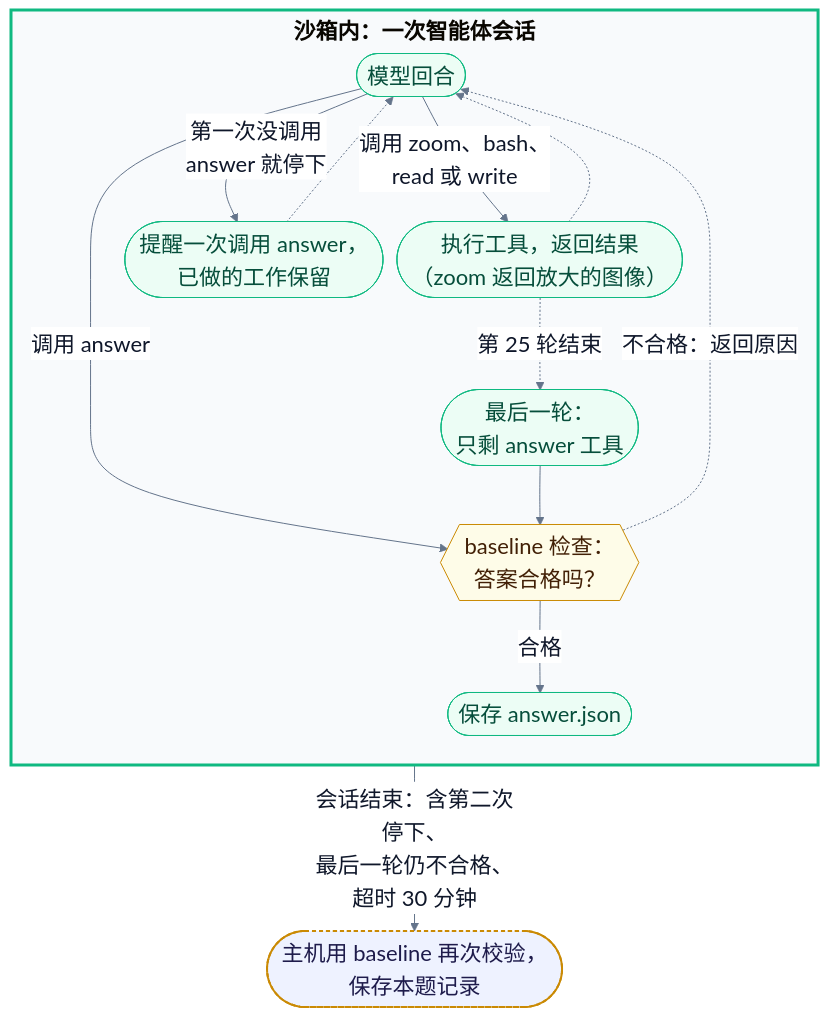
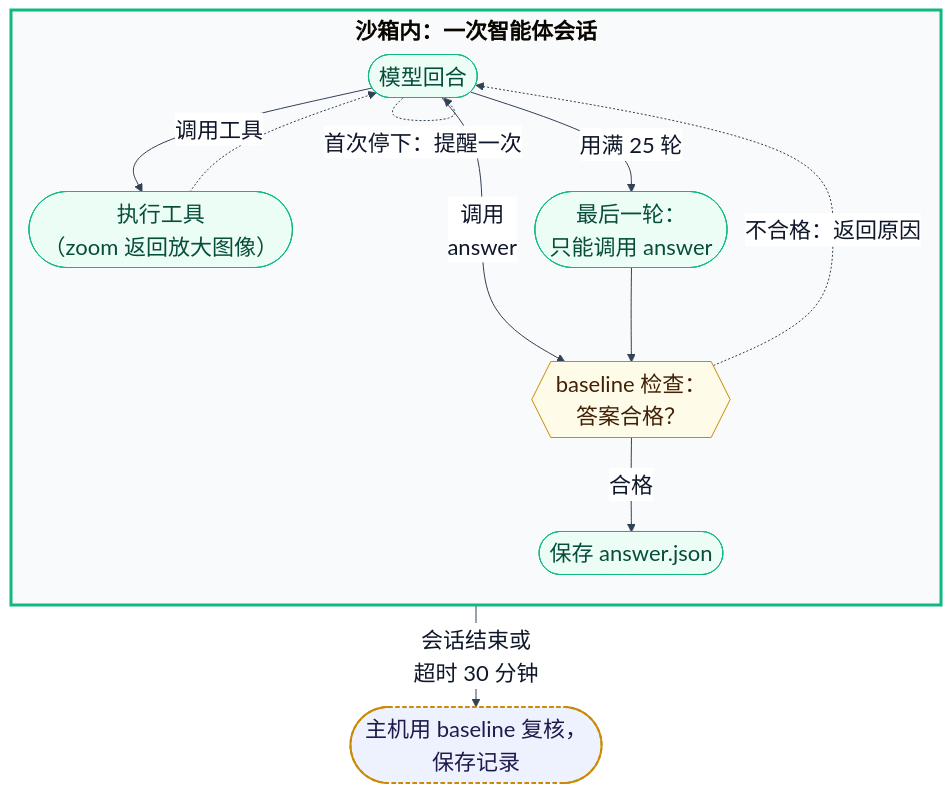
Before and after one commit to eric15342335/AIFep-FDU.github.io: the diagram in docs/diagrams/zh-question-states.mmd, drawn with Mermaid. The commit also changed 7 other files, not shown here.

```diff
--- a/docs/diagrams/zh-question-states.mmd
+++ b/docs/diagrams/zh-question-states.mmd
@@ -1,30 +1,28 @@
-%%{init: {"theme": "base", "themeVariables": {"fontSize": "22px", "lineColor": "#64748b", "primaryTextColor": "#0f172a", "edgeLabelBackground": "#ffffff"}, "flowchart": {"nodeSpacing": 14, "rankSpacing": 34, "padding": 10, "wrappingWidth": 360, "subGraphTitleMargin": {"top": 4, "bottom": 10}}}}%%
+%%{init: {"theme": "base", "themeVariables": {"fontSize": "22px", "lineColor": "#334155", "primaryTextColor": "#0f172a", "edgeLabelBackground": "#ffffff"}, "flowchart": {"nodeSpacing": 16, "rankSpacing": 36, "padding": 10, "wrappingWidth": 300, "subGraphTitleMargin": {"top": 4, "bottom": 10}}}}%%
 %% Compact Chinese version of question-states.mmd for the course report (docs/report/report.md).
 flowchart TB
     subgraph SESSION["<b>沙箱内：一次智能体会话</b>"]
         direction TB
         turn(["模型回合"])
-        tool(["执行工具，返回结果<br/>（zoom 返回放大的图像）"])
-        check{{"baseline 检查：<br/>答案合格吗？"}}
-        remind(["提醒一次调用 answer，<br/>已做的工作保留"])
-        grace(["最后一轮：<br/>只剩 answer 工具"])
+        tool(["执行工具<br/>（zoom 返回放大图像）"])
+        check{{"baseline 检查：<br/>答案合格？"}}
+        grace(["最后一轮：<br/>只能调用 answer"])
         saved(["保存 answer.json"])
-        turn -- "调用 zoom、bash、<br/>read 或 write" --> tool
-        turn -- "调用 answer" --> check
-        turn -- "第一次没调用<br/>answer 就停下" --> remind
-        tool -. "第 25 轮结束" .-> grace
+        turn -- "调用工具" --> tool
+        tool -.-> turn
+        turn -. "首次停下：提醒一次" .-> turn
+        turn -- "调用<br/>answer" --> check
+        check -. "不合格：返回原因" .-> turn
+        turn -- "用满 25 轮" --> grace
         grace --> check
         check -- "合格" --> saved
-        tool -.-> turn
-        remind -.-> turn
-        check -. "不合格：返回原因" .-> turn
     end
-    SESSION -- "会话结束：含第二次停下、<br/>最后一轮仍不合格、<br/>超时 30 分钟" --> host(["主机用 baseline 再次校验，<br/>保存本题记录"])
+    SESSION -- "会话结束或<br/>超时 30 分钟" --> host(["主机用 baseline 复核，<br/>保存记录"])
 
     classDef base fill:#fefce8,stroke:#ca8a04,color:#422006
     classDef usesBase fill:#eef2ff,stroke:#ca8a04,color:#1e1b4b,stroke-width:2px,stroke-dasharray:4 3
     classDef agent fill:#ecfdf5,stroke:#10b981,color:#064e3b
     class check base
     class host usesBase
-    class turn,tool,remind,grace,saved agent
+    class turn,tool,grace,saved agent
     style SESSION fill:#f8fafc,stroke:#10b981,stroke-width:3px
```
